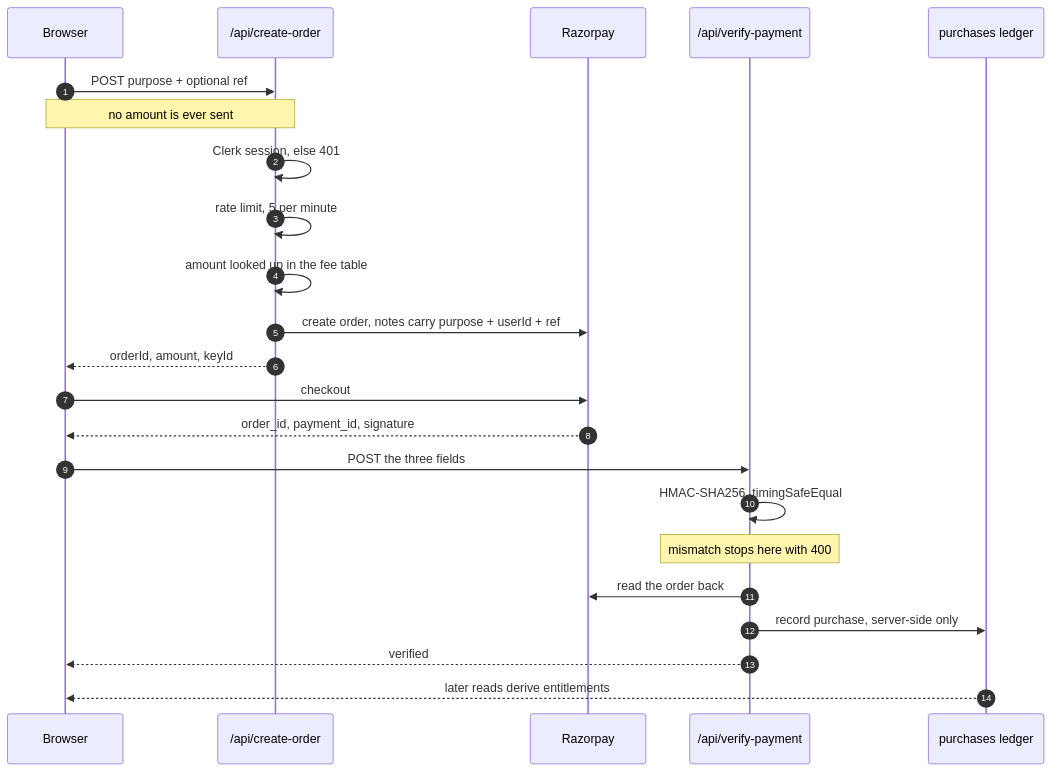
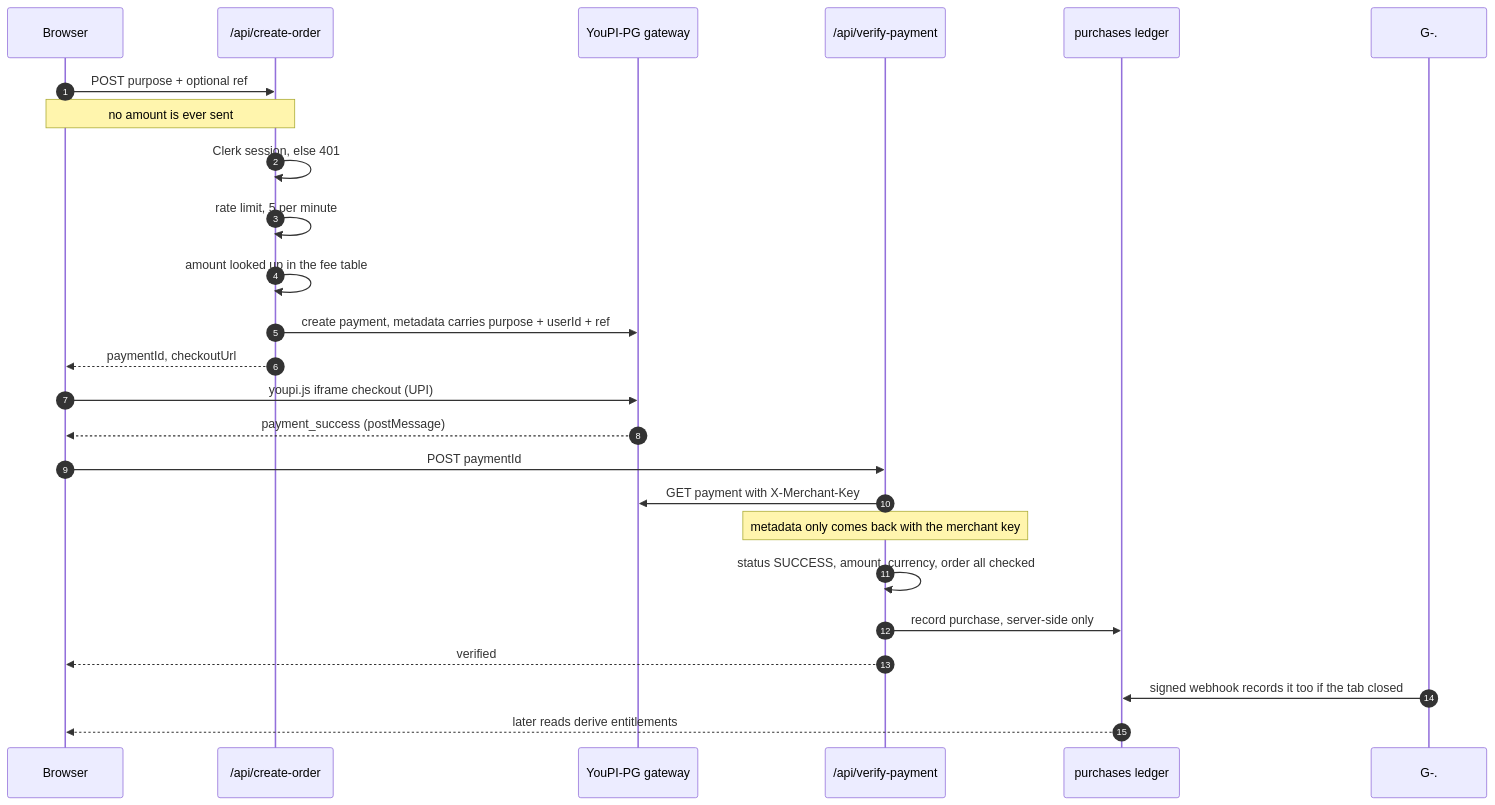
One commit to ankit1324/ArchIt changed the second of 2 diagrams in README.md. Above: the diagram before and after it, drawn with Mermaid. The commit also changed other lines of this file and 70 other files, not shown here.

````diff
--- a/README.md
+++ b/README.md
@@ -120,26 +121,27 @@
 ```mermaid
 sequenceDiagram
     autonumber
     participant C as Browser
     participant O as /api/create-order
-    participant R as Razorpay
+    participant G as YouPI-PG gateway
     participant V as /api/verify-payment
     participant L as purchases ledger
 
     C->>O: POST purpose + optional ref
     Note over C,O: no amount is ever sent
     O->>O: Clerk session, else 401
     O->>O: rate limit, 5 per minute
     O->>O: amount looked up in the fee table
-    O->>R: create order, notes carry purpose + userId + ref
-    O-->>C: orderId, amount, keyId
-    C->>R: checkout
-    R-->>C: order_id, payment_id, signature
-    C->>V: POST the three fields
-    V->>V: HMAC-SHA256, timingSafeEqual
-    Note over V: mismatch stops here with 400
-    V->>R: read the order back
+    O->>G: create payment, metadata carries purpose + userId + ref
+    O-->>C: paymentId, checkoutUrl
+    C->>G: youpi.js iframe checkout (UPI)
+    G-->>C: payment_success (postMessage)
+    C->>V: POST paymentId
+    V->>G: GET payment with X-Merchant-Key
+    Note over V: metadata only comes back with the merchant key
+    V->>V: status SUCCESS, amount, currency, order all checked
     V->>L: record purchase, server-side only
     V-->>C: verified
+    G-.->>L: signed webhook records it too if the tab closed
     L-->>C: later reads derive entitlements
 ```
````
